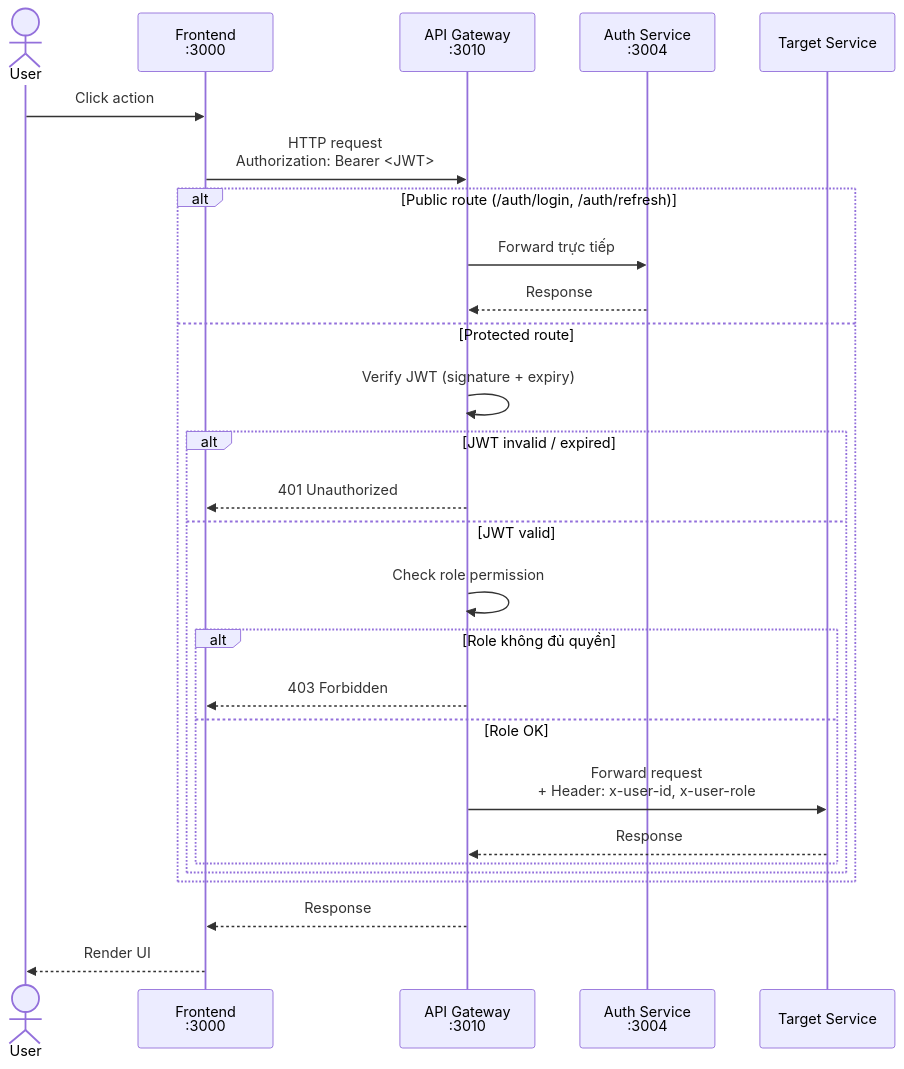
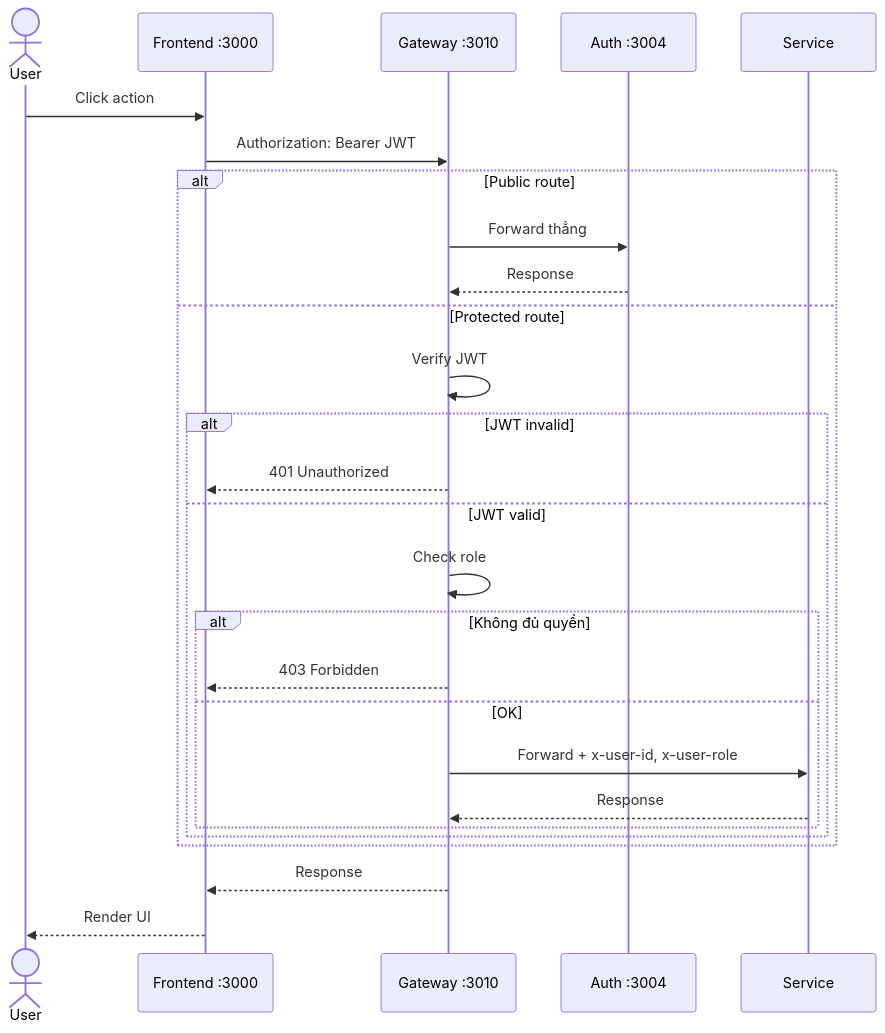
One commit to ndmthuan97/ERP-Prototype-Example changed the sixth of 9 diagrams in docs/architecture/system-overview.md. Above: the diagram before and after it, drawn with Mermaid. The commit also changed other lines of this file, not shown here.

Commit message:
docs: rewrite diagrams — clean B/W, no overlap, split into focused charts

````diff
--- a/docs/architecture/system-overview.md
+++ b/docs/architecture/system-overview.md
@@ -141,32 +139,32 @@
 ```mermaid
 sequenceDiagram
     actor User
-    participant FE as Frontend<br/>:3000
-    participant GW as API Gateway<br/>:3010
-    participant Auth as Auth Service<br/>:3004
-    participant Svc as Target Service
+    participant FE as Frontend :3000
+    participant GW as Gateway :3010
+    participant Auth as Auth :3004
+    participant Svc as Service
 
     User->>FE: Click action
-    FE->>GW: HTTP request<br/>Authorization: Bearer <JWT>
+    FE->>GW: Authorization: Bearer JWT
 
-    alt Public route (/auth/login, /auth/refresh)
-        GW->>Auth: Forward trực tiếp
+    alt Public route
+        GW->>Auth: Forward thẳng
         Auth-->>GW: Response
     else Protected route
-        GW->>GW: Verify JWT (signature + expiry)
-        alt JWT invalid / expired
+        GW->>GW: Verify JWT
+        alt JWT invalid
             GW-->>FE: 401 Unauthorized
         else JWT valid
-            GW->>GW: Check role permission
-            alt Role không đủ quyền
+            GW->>GW: Check role
+            alt Không đủ quyền
                 GW-->>FE: 403 Forbidden
-            else Role OK
-                GW->>Svc: Forward request<br/>+ Header: x-user-id, x-user-role
+            else OK
+                GW->>Svc: Forward + x-user-id, x-user-role
                 Svc-->>GW: Response
             end
         end
     end
 
     GW-->>FE: Response
     FE-->>User: Render UI
 ```
````
